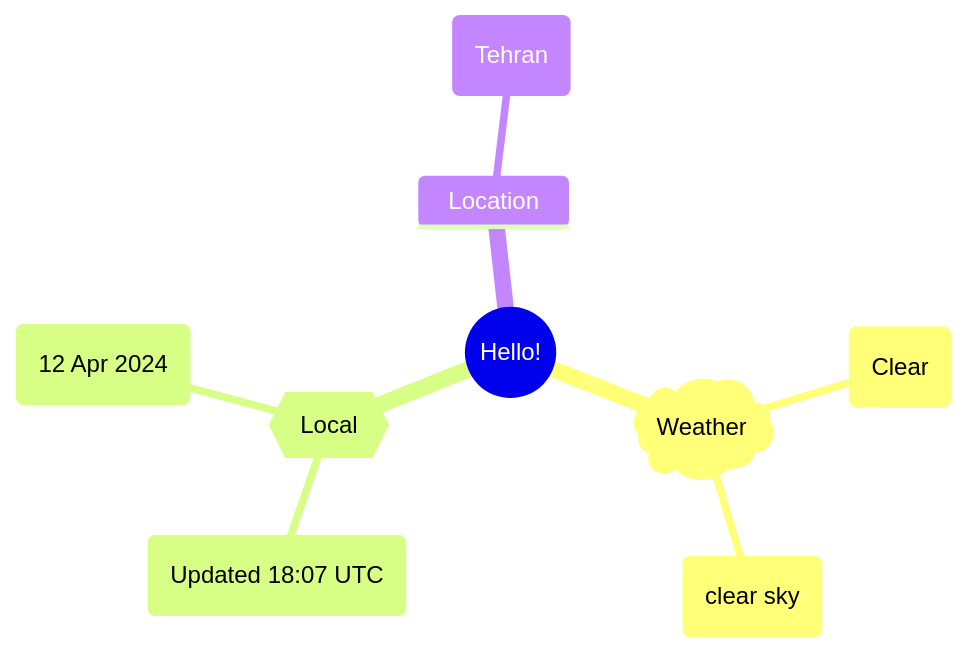
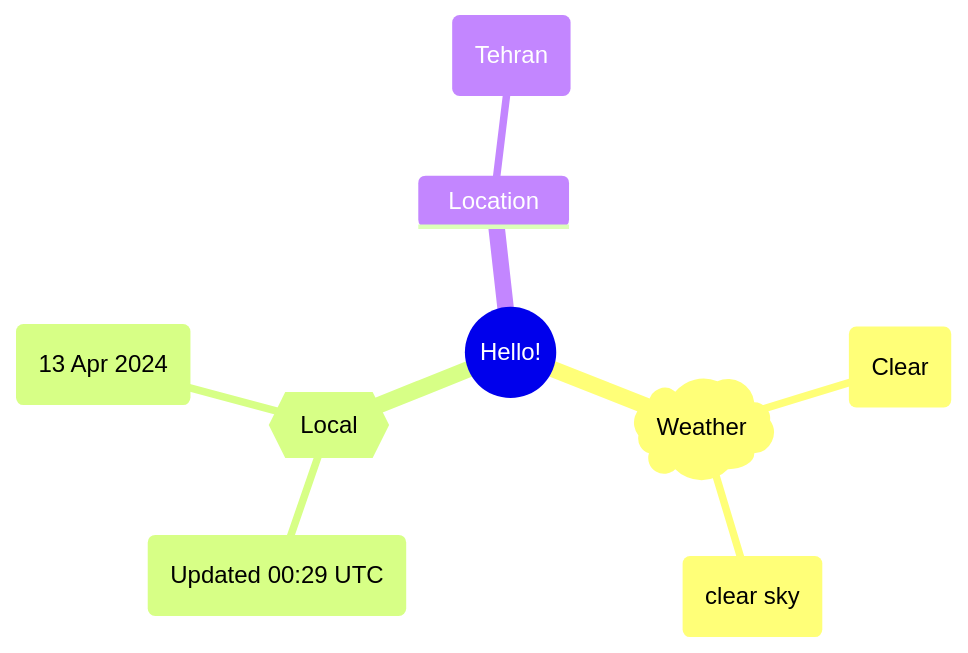
Before and after one commit to Xosrov/Xosrov: the first of 2 diagrams in README.md, drawn with Mermaid.

Commit message:
[bot] updated images

````diff
--- a/README.md
+++ b/README.md
@@ -3,12 +3,12 @@
 ```mermaid
 mindmap
   root((Hello!))
     )Weather(
         (Clear)
         (clear sky)
     {{Local}}
-        (Updated 18:07 UTC)
-        (12 Apr 2024)
+        (Updated 00:29 UTC)
+        (13 Apr 2024)
     Location
         (Tehran)
 ```
````
